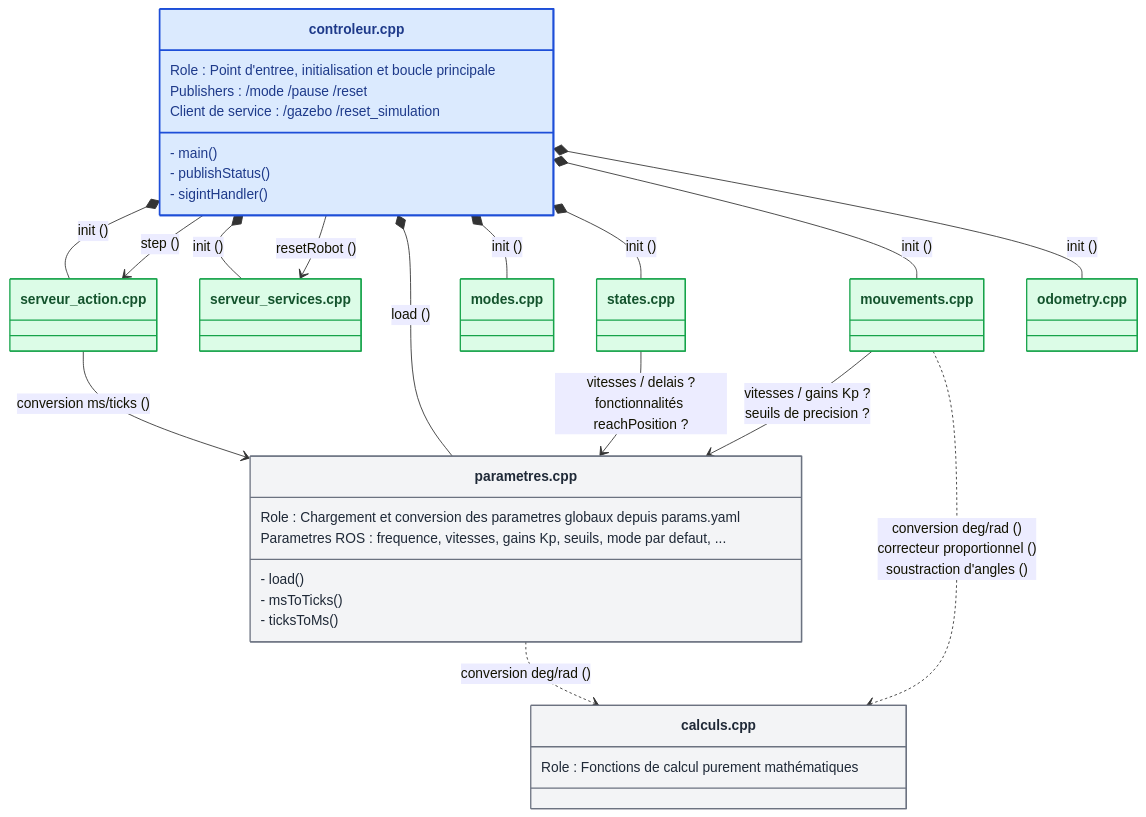
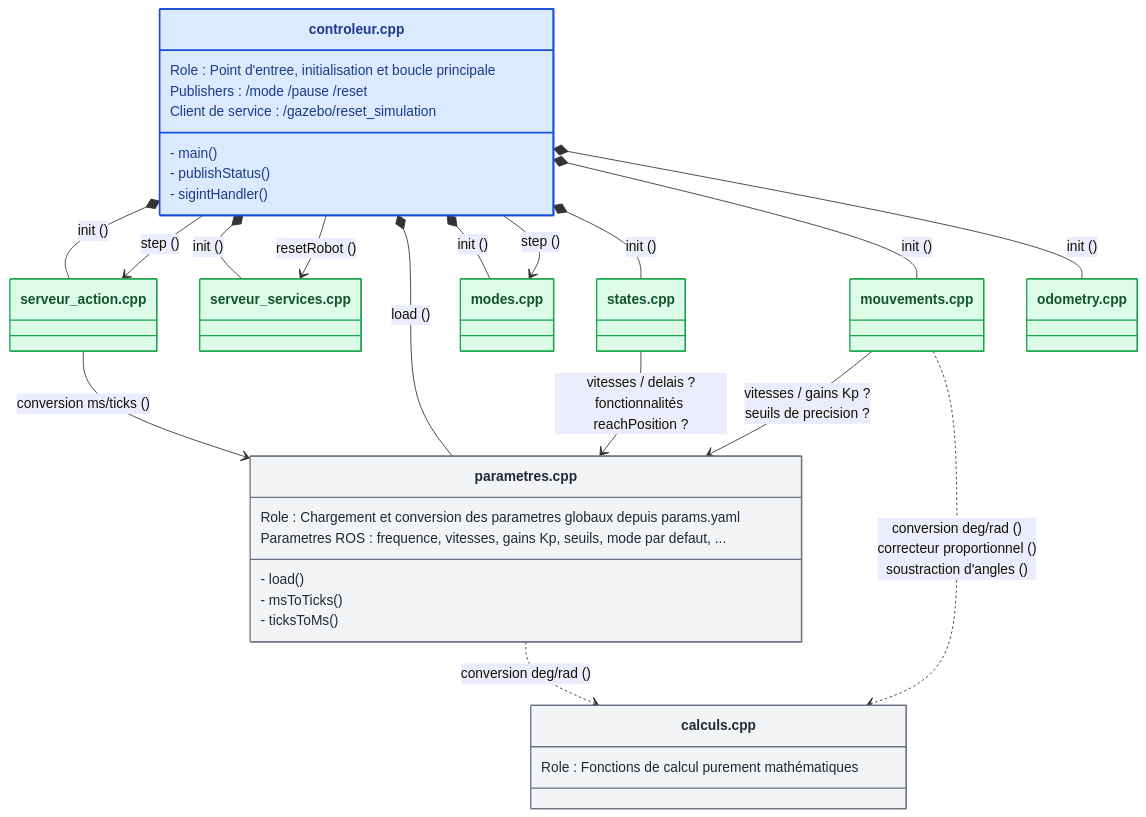
The second of 10 diagrams in robotique_et_navigation/Rapport/Rapport.md (benoitdekeyn/E4SE_TD_TP), drawn with Mermaid before and after one commit. The commit also changed other lines of this file and 1 other file, not shown here.

````diff
--- a/robotique_et_navigation/Rapport/Rapport.md
+++ b/robotique_et_navigation/Rapport/Rapport.md
@@ -139,59 +150,60 @@
 ```mermaid 
 classDiagram
     direction TB
 
     class Controleur["controleur.cpp"] {
         Role : Point d'entree, initialisation et boucle principale
         Publishers : /mode /pause /reset
-        Client de service : /gazebo /reset_simulation
+        Client de service : /gazebo/reset_simulation
         - main()
         - publishStatus()
         - sigintHandler()
     }
 
     class Params["parametres.cpp"] {
         Role : Chargement et conversion des parametres globaux depuis params.yaml
         Parametres ROS : frequence, vitesses, gains Kp, seuils, mode par defaut, ...
         - load() 
         - msToTicks()
         - ticksToMs()
     }
 
     class Calculs["calculs.cpp"] {
         Role : Fonctions de calcul purement mathématiques
 
     }
     class Odometry["odometry.cpp"]
     class Mouvements["mouvements.cpp"]
     class States["states.cpp"]
     class Modes["modes.cpp"]
     class ServeurAction["serveur_action.cpp"]
     class ServeurServices["serveur_services.cpp"]
 
     Controleur *-- ServeurAction : init ()
     Controleur --> ServeurAction : step ()
     Controleur *-- ServeurServices : init ()
     Controleur --> ServeurServices : resetRobot ()
     Controleur *-- Params : load ()
     Controleur *-- Modes : init ()
+    Controleur --> Modes : step ()
     Controleur *-- States : init ()
     Controleur *-- Mouvements : init ()
     Controleur *-- Odometry : init ()
 
     Mouvements --> Params : vitesses / gains Kp ?<br/>seuils de precision ?
     ServeurAction --> Params : conversion ms/ticks ()
     States --> Params : vitesses / delais ?<br/>fonctionnalités reachPosition ?
 
     Params ..> Calculs : conversion deg/rad ()
     Mouvements ..> Calculs : conversion deg/rad ()<br/>correcteur proportionnel ()<br/>soustraction d'angles ()
 
     style Controleur fill:#dbeafe,stroke:#1d4ed8,stroke-width:2px,color:#1e3a8a
     style Params fill:#f3f4f6,stroke:#6b7280,stroke-width:1.5px,color:#1f2937
     style Calculs fill:#f3f4f6,stroke:#6b7280,stroke-width:1.5px,color:#1f2937
     style Odometry fill:#dcfce7,stroke:#16a34a,stroke-width:1.5px,color:#14532d
     style Mouvements fill:#dcfce7,stroke:#16a34a,stroke-width:1.5px,color:#14532d
     style States fill:#dcfce7,stroke:#16a34a,stroke-width:1.5px,color:#14532d
     style Modes fill:#dcfce7,stroke:#16a34a,stroke-width:1.5px,color:#14532d
     style ServeurAction fill:#dcfce7,stroke:#16a34a,stroke-width:1.5px,color:#14532d
     style ServeurServices fill:#dcfce7,stroke:#16a34a,stroke-width:1.5px,color:#14532d
 ```
````
